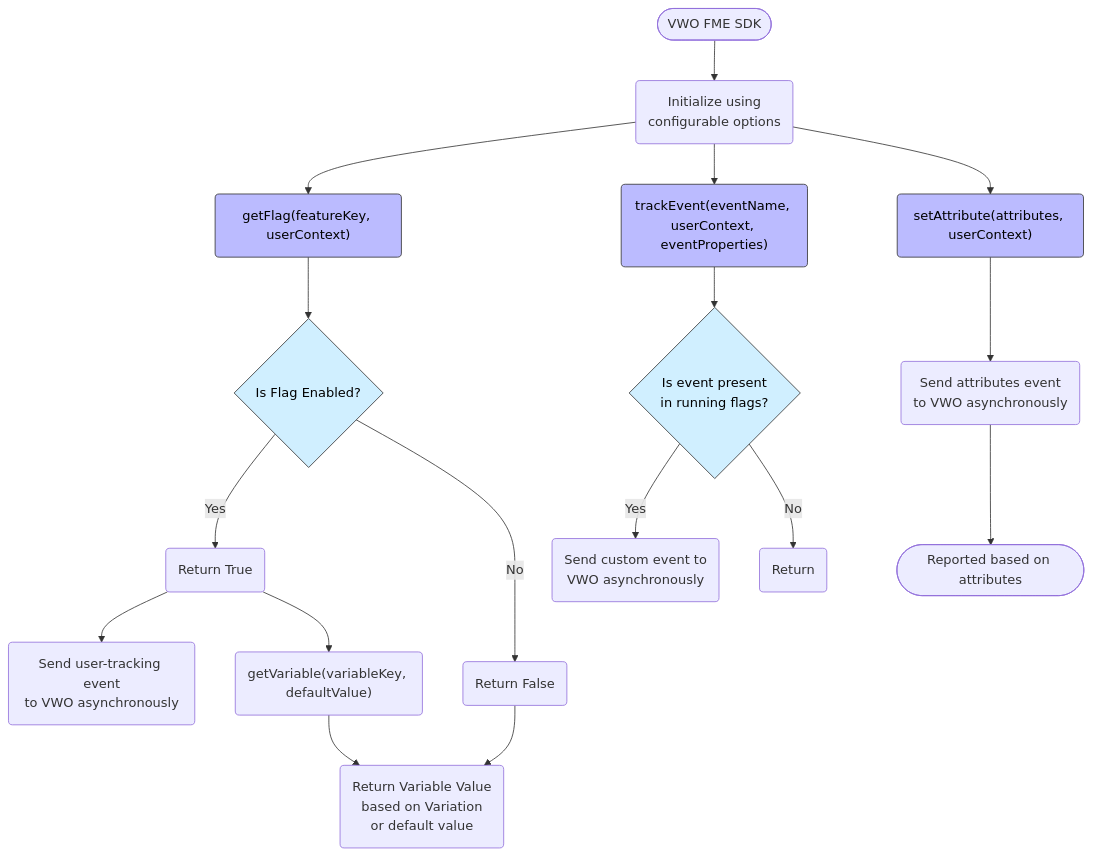
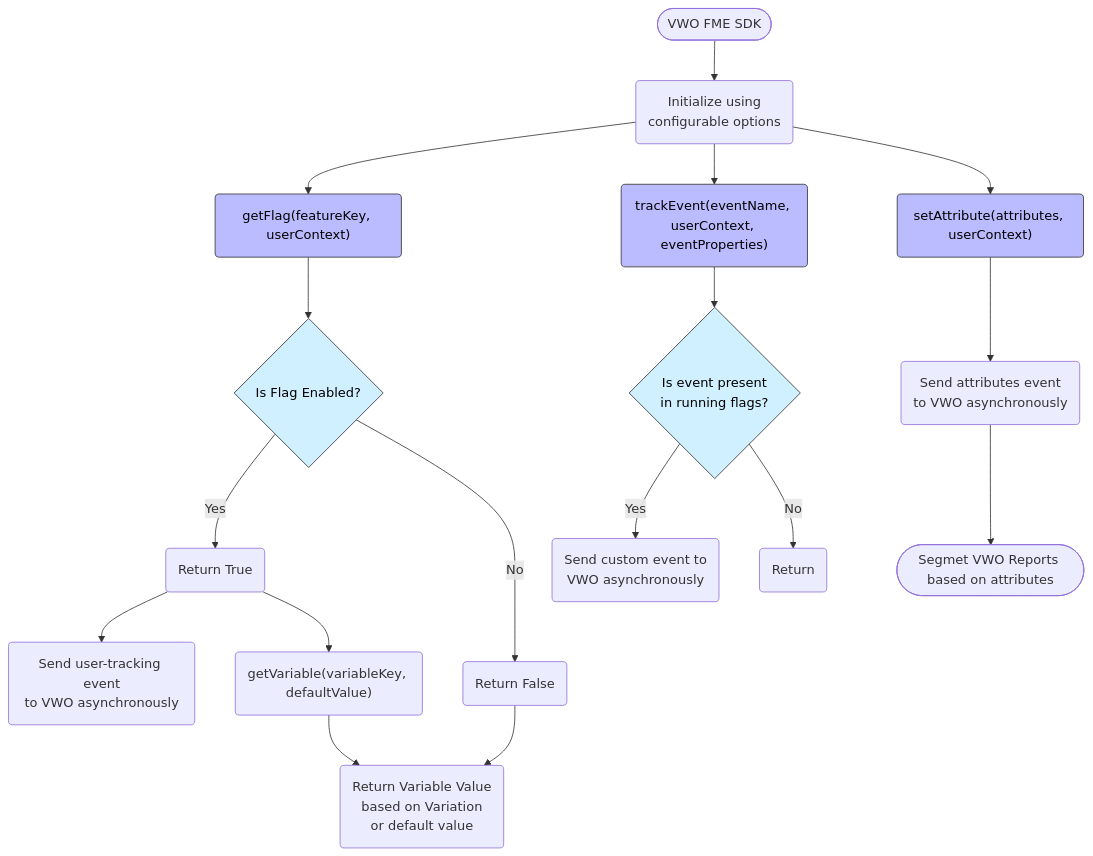
Before and after one commit to wingify/readme-central: the first of 3 diagrams in docs/SDK Reference/fme-sdk-architecture.md, drawn with Mermaid.

Commit message:
Update doc `fme-sdk-architecture`

````diff
--- a/docs/SDK Reference/fme-sdk-architecture.md
+++ b/docs/SDK Reference/fme-sdk-architecture.md
@@ -12,44 +12,44 @@
 ```mermaid
 flowchart TD
     A0(["VWO FME SDK"]) --> A("Initialize using<br/>configurable options")
     A --> Y("getFlag(featureKey, userContext)")
     A --> X("trackEvent(eventName, userContext, eventProperties)")
     A --> Z("setAttribute(attributes, userContext)")
 
     %% getFlag & getVariable Flow
     Y --> Y1{"Is Flag Enabled?"}
     Y1 -- Yes --> Y2("Return True")
     Y1 -- No --> Y4("Return False")
     Y2 --> Y22("Send user-tracking event<br/>to VWO asynchronously")
     Y2 --> Y3("getVariable(variableKey, defaultValue)")
     Y3 --> Y5("Return Variable Value<br/>based on Variation<br/>or default value")
     Y4 --> Y5
 
     %% trackEvent Flow
     X --> X1{"Is event present<br/>in running flags?"}
     X1 -- Yes --> X2("Send custom event to<br/>VWO asynchronously")
     X1 -- No --> X3("Return")
 
     %% setAttribute Flow
     Z --> Z1("Send attributes event<br/>to VWO asynchronously")
     Z1 --> Z2("Segment VWO reports<br/>based on these attributes")
-    Z2(["Reported based on attributes"]) 
+    Z2(["Segmet VWO Reports based on attributes"]) 
 
     %% Assign classes
     class Y getFlag
     class X trackEvent
     class Z setAttribute
     class Y1 conditional
     class X1 conditional
 
     %% Define styles
     classDef getFlag fill:#bbf,stroke:#333,stroke-width:1px,color:#000
     classDef trackEvent fill:#bbf,stroke:#333,stroke-width:1px,color:#000
     classDef setAttribute fill:#bbf,stroke:#333,stroke-width:1px,color:#000
     classDef conditional fill:#d0efff,stroke:#333,stroke-width:1px,color:#000
 
     %% style X2 stroke:#7373ff,stroke-width:2px
     %% style Y22 stroke:#7373ff,stroke-width:2px
     %% style Z1 stroke:#7373ff,stroke-width:2px
 
 ```
````
